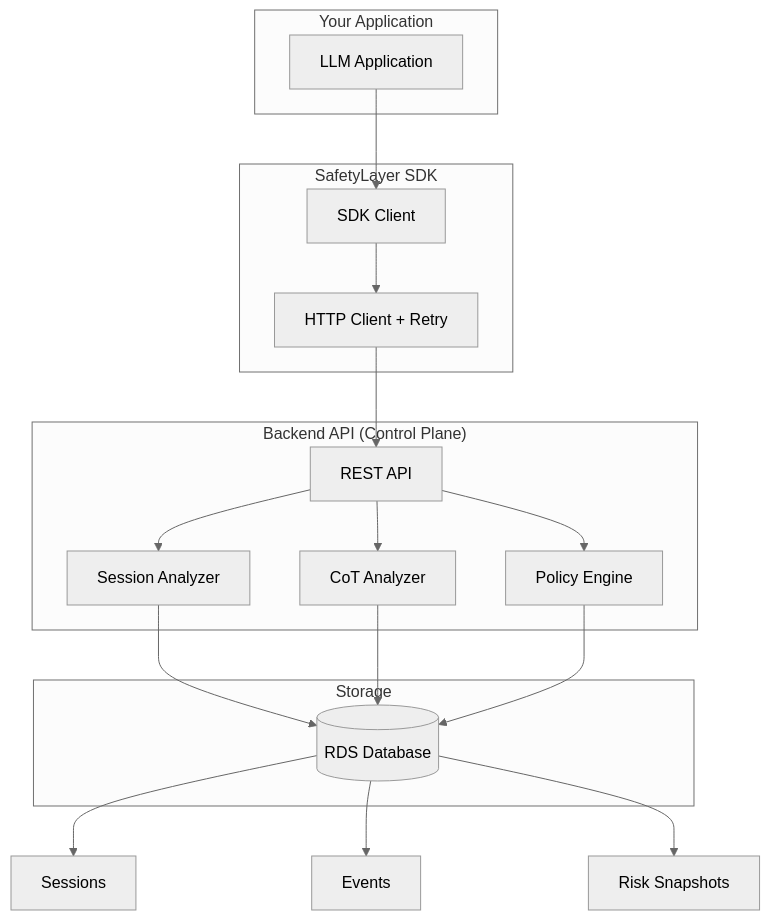
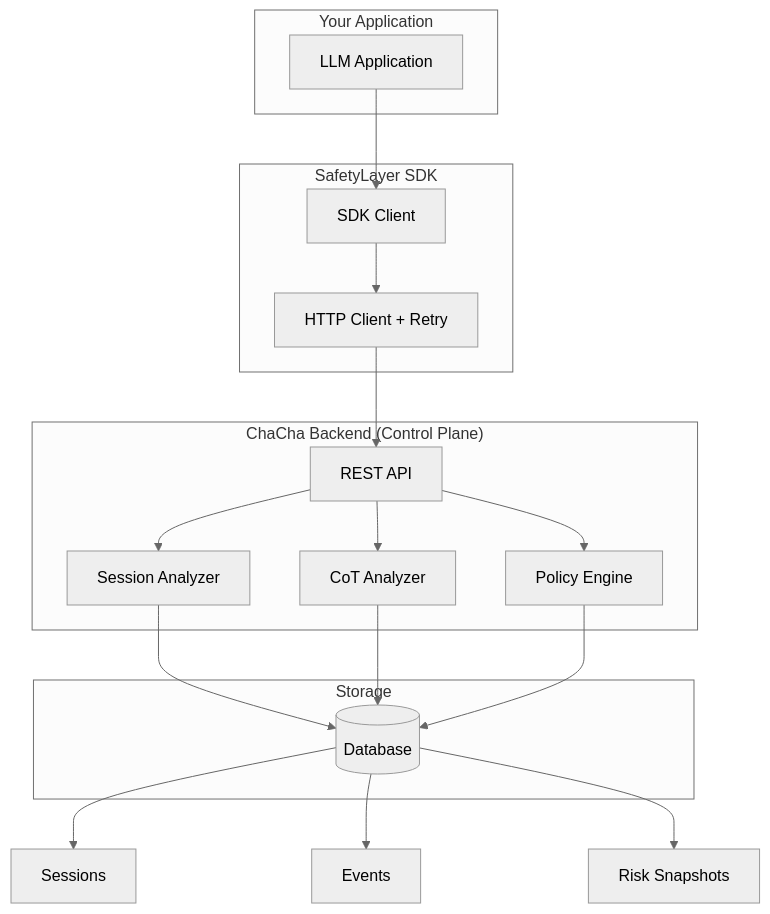
The first of 3 diagrams in docs/architecture.mdx (conorg000/chachadotai), drawn with Mermaid (neutral theme) before and after one commit. The commit also changed other lines of this file and 11 other files, not shown here.

````diff
--- a/docs/architecture.mdx
+++ b/docs/architecture.mdx
@@ -10,38 +10,38 @@
 ```mermaid
 graph TB
     subgraph "Your Application"
         APP[LLM Application]
     end
-    
+
     subgraph "SafetyLayer SDK"
         SDK[SDK Client]
         HTTP[HTTP Client + Retry]
     end
-    
-    subgraph "Backend API (Control Plane)"
+
+    subgraph "ChaCha Backend (Control Plane)"
         API[REST API]
         SA[Session Analyzer]
         COT[CoT Analyzer]
         PE[Policy Engine]
     end
-    
+
     subgraph "Storage"
-        DB[(RDS Database)]
+        DB[(Database)]
     end
-    
+
     APP --> SDK
     SDK --> HTTP
     HTTP --> API
-    
+
     API --> SA
     API --> COT
     API --> PE
-    
+
     SA --> DB
     COT --> DB
     PE --> DB
-    
+
     DB --> SESS[Sessions]
     DB --> EVENTS[Events]
     DB --> SNAP[Risk Snapshots]
 ```
````
